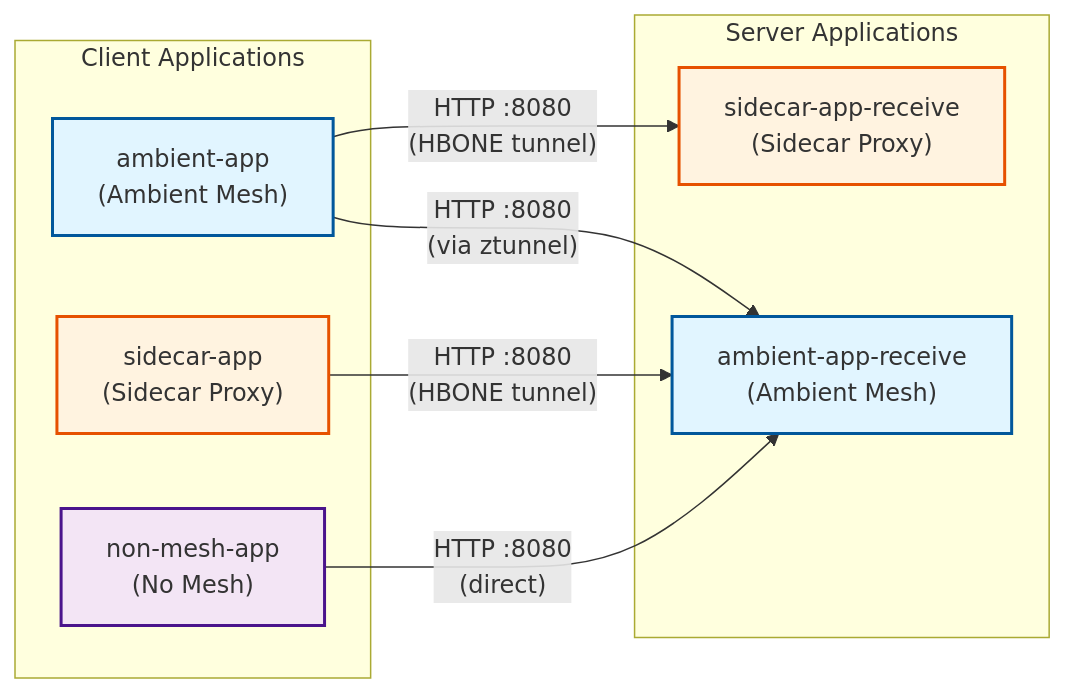
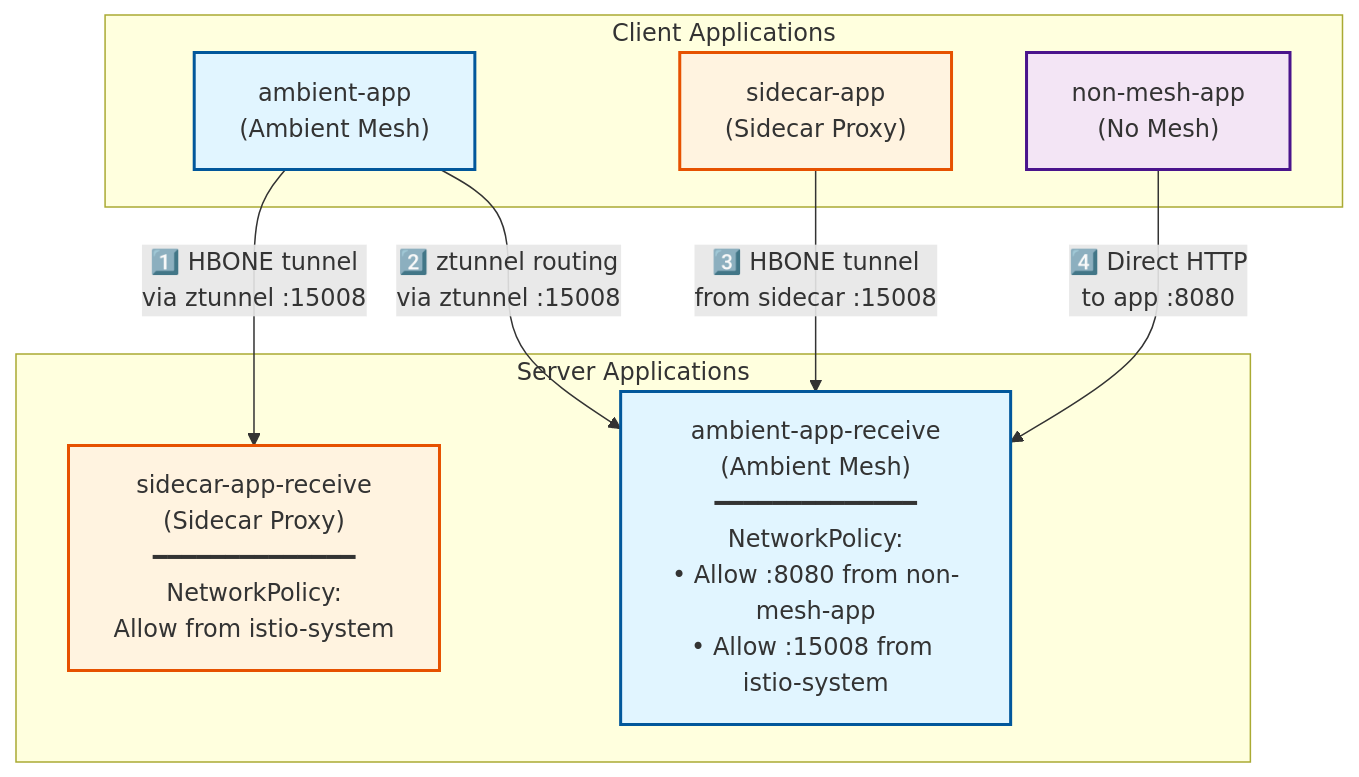
Before and after one commit to rjferguson21/istio-testing: the diagram in ambient-to-sidecar/README.md, drawn with Mermaid. The commit also changed other lines of this file, not shown here.

````diff
--- a/ambient-to-sidecar/README.md
+++ b/ambient-to-sidecar/README.md
@@ -75,24 +44,24 @@
 ```mermaid
-graph LR
+graph TB
     subgraph clients["Client Applications"]
         A["ambient-app<br/>(Ambient Mesh)"]
         C["sidecar-app<br/>(Sidecar Proxy)"]
         D["non-mesh-app<br/>(No Mesh)"]
     end
 
     subgraph servers["Server Applications"]
-        B["ambient-app-receive<br/>(Ambient Mesh)"]
-        E["sidecar-app-receive<br/>(Sidecar Proxy)"]
+        E["sidecar-app-receive<br/>(Sidecar Proxy)<br/>━━━━━━━━━━━━━━<br/>NetworkPolicy:<br/>Allow from istio-system"]
+        B["ambient-app-receive<br/>(Ambient Mesh)<br/>━━━━━━━━━━━━━━<br/>NetworkPolicy:<br/>• Allow :8080 from non-mesh-app<br/>• Allow :15008 from istio-system"]
     end
 
-    A -->|"HTTP :8080<br/>(HBONE tunnel)"| E
-    A -->|"HTTP :8080<br/>(via ztunnel)"| B
-    C -->|"HTTP :8080<br/>(HBONE tunnel)"| B
-    D -->|"HTTP :8080<br/>(direct)"| B
+    A -->|"1️⃣ HBONE tunnel<br/>via ztunnel :15008"| E
+    A -->|"2️⃣ ztunnel routing<br/>via ztunnel :15008"| B
+    C -->|"3️⃣ HBONE tunnel<br/>from sidecar :15008"| B
+    D -->|"4️⃣ Direct HTTP<br/>to app :8080"| B
 
     style A fill:#e1f5ff,stroke:#01579b,stroke-width:2px
     style B fill:#e1f5ff,stroke:#01579b,stroke-width:2px
     style C fill:#fff3e0,stroke:#e65100,stroke-width:2px
     style D fill:#f3e5f5,stroke:#4a148c,stroke-width:2px
     style E fill:#fff3e0,stroke:#e65100,stroke-width:2px
 ```
````
